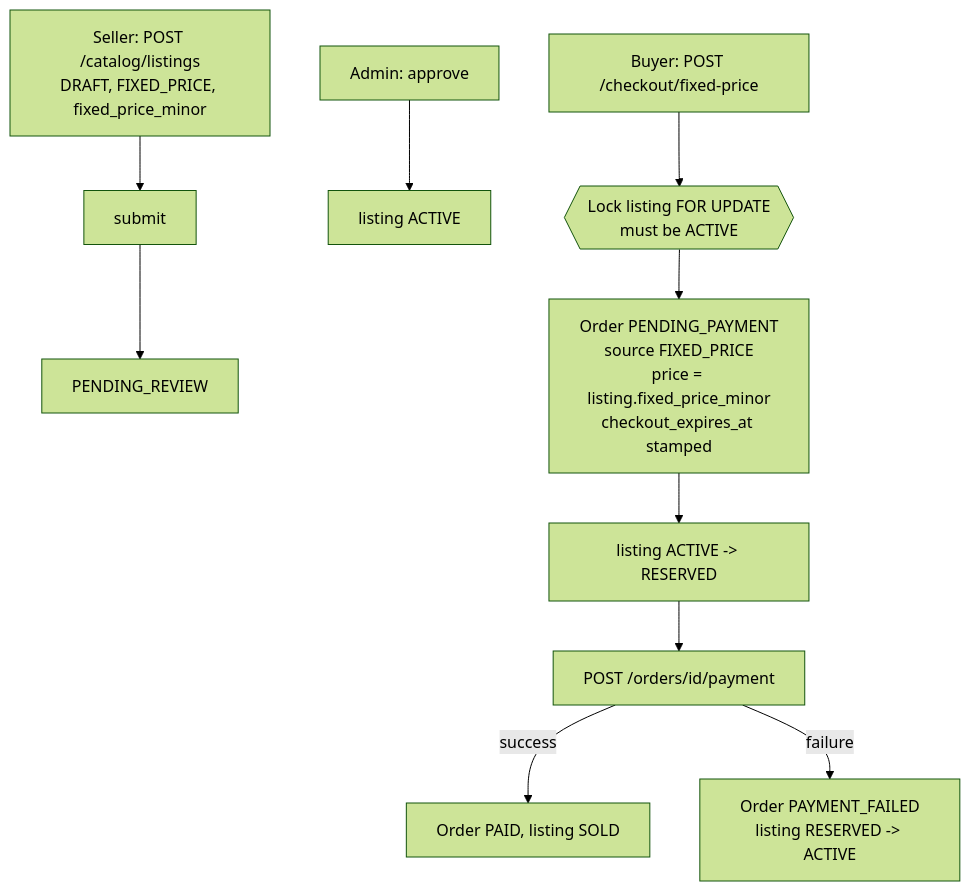
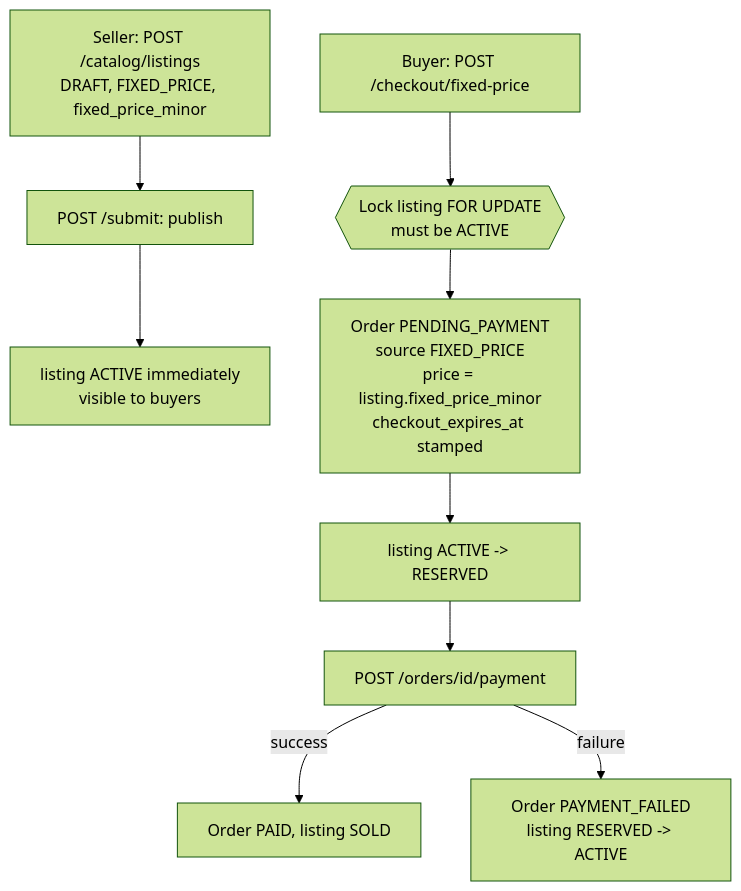
Before and after one commit to tejenderlib/marketplace-platform: the third of 12 diagrams in docs/FLOW.md, drawn with Mermaid (forest theme). The commit also changed other lines of this file and 94 other files, not shown here.

````diff
--- a/docs/FLOW.md
+++ b/docs/FLOW.md
@@ -56,12 +56,11 @@
 ```mermaid
 flowchart TD
-    S[Seller: POST /catalog/listings<br/>DRAFT, FIXED_PRICE, fixed_price_minor] --> SUB[submit]
-    SUB --> PR[PENDING_REVIEW]
-    ADM[Admin: approve] --> ACT[listing ACTIVE]
+    S[Seller: POST /catalog/listings<br/>DRAFT, FIXED_PRICE, fixed_price_minor] --> SUB[POST /submit: publish]
+    SUB --> ACT[listing ACTIVE immediately<br/>visible to buyers]
     B[Buyer: POST /checkout/fixed-price] --> LOCK{{Lock listing FOR UPDATE<br/>must be ACTIVE}}
     LOCK --> O[Order PENDING_PAYMENT<br/>source FIXED_PRICE<br/>price = listing.fixed_price_minor<br/>checkout_expires_at stamped]
     O --> RES[listing ACTIVE -> RESERVED]
     RES --> PAY[POST /orders/id/payment]
     PAY -- success --> OK[Order PAID, listing SOLD]
     PAY -- failure --> PFAIL[Order PAYMENT_FAILED<br/>listing RESERVED -> ACTIVE]
 ```
````
